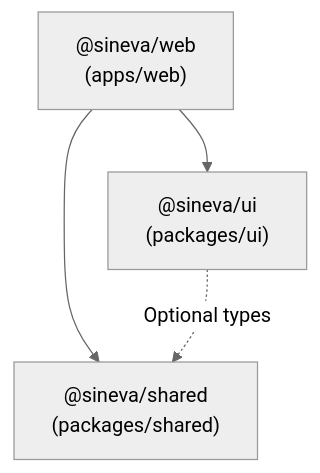
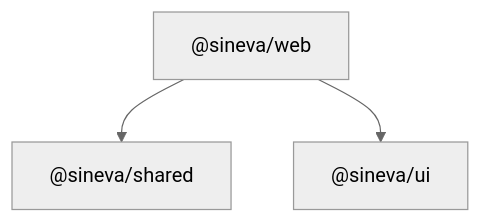
The diagram in docs/project-structure/turborepo_workspaces.md (SinevaSolution/sineva-platform), drawn with Mermaid (neutral theme) before and after one commit. The commit also changed other lines of this file and 74 other files, not shown here.

````diff
--- a/docs/project-structure/turborepo_workspaces.md
+++ b/docs/project-structure/turborepo_workspaces.md
@@ -36,10 +34,5 @@
 ```mermaid
 flowchart TD
-    Web["@sineva/web\n(apps/web)"]
-    UI["@sineva/ui\n(packages/ui)"]
-    Shared["@sineva/shared\n(packages/shared)"]
-
-    Web --> UI
-    Web --> Shared
-    UI -.->|"Optional types"| Shared
+    Web["@sineva/web"] --> Shared["@sineva/shared"]
+    Web --> UI["@sineva/ui"]
 ```
````
